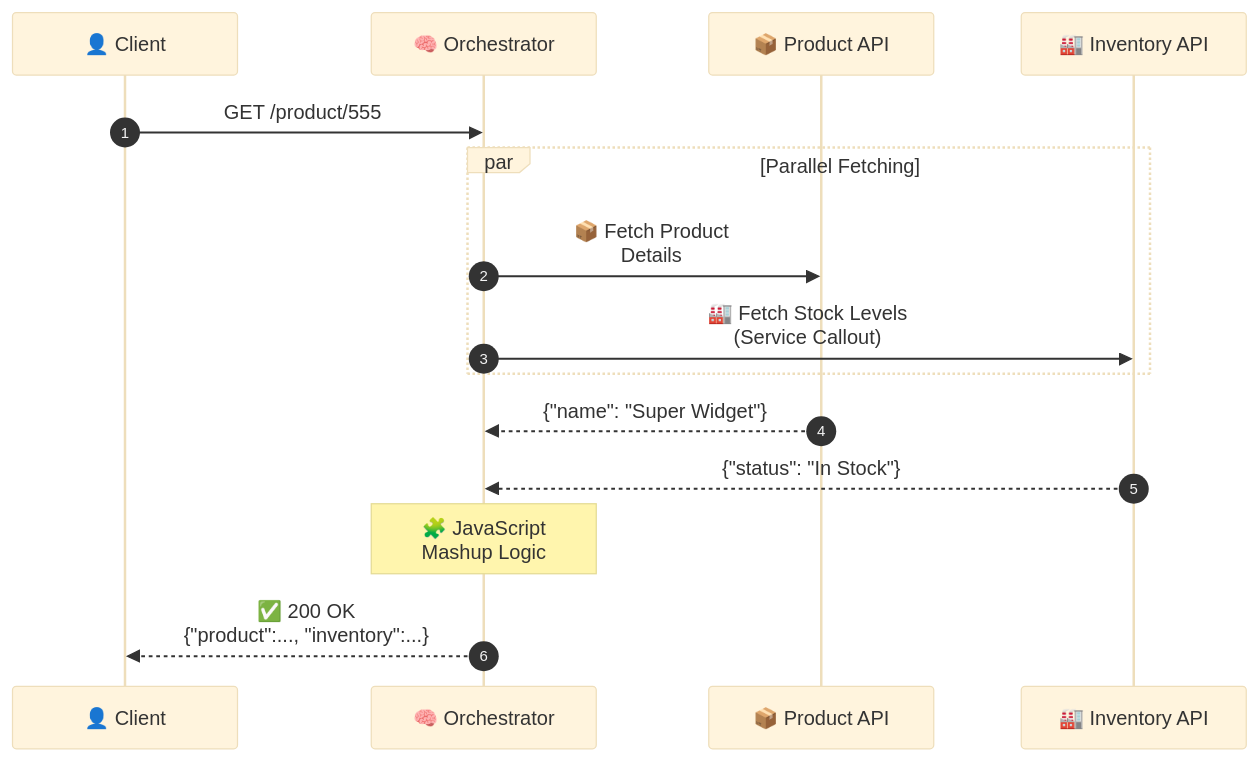
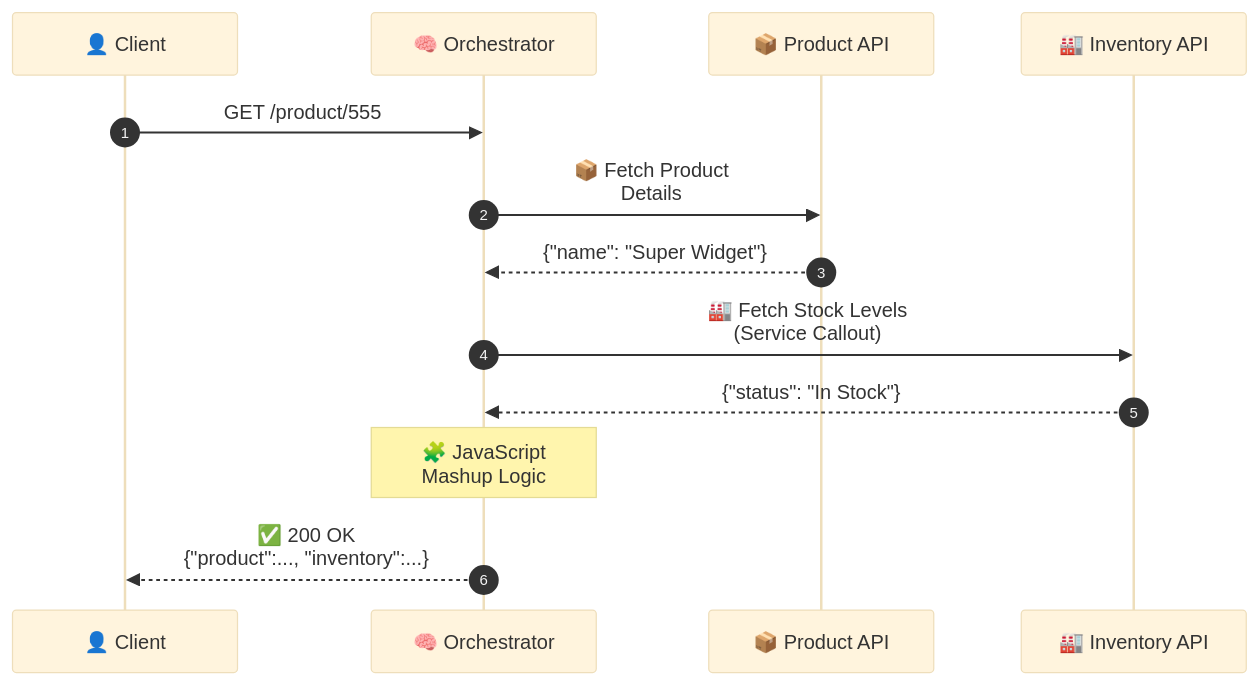
One commit to SunnyJayaRaju/Apigee-Lab changed the third of 5 diagrams in README.md. Above: the diagram before and after it, drawn with Mermaid (base theme). The commit also changed other lines of this file, not shown here.

Commit message:
Correct composition order in project description

````diff
--- a/README.md
+++ b/README.md
@@ -347,23 +347,20 @@
 ```mermaid
 %%{init: {"sequence": {"messageMargin": 55, "boxMargin": 12, "actorMargin": 70, "width": 180, "height": 50}}}%%
 sequenceDiagram
     autonumber
     participant Client as 👤 Client
     participant Apigee as 🧠 Orchestrator
     participant ProductDB as 📦 Product API
     participant InventoryDB as 🏭 Inventory API
 
     Client->>Apigee: GET /product/555
     
-    par Parallel Fetching
-        Apigee->>ProductDB: 📦 Fetch Product<br/>Details
-        Apigee->>InventoryDB: 🏭 Fetch Stock Levels<br/>(Service Callout)
-    end
-    
+    Apigee->>ProductDB: 📦 Fetch Product<br/>Details
     ProductDB-->>Apigee: {"name": "Super Widget"}
+    Apigee->>InventoryDB: 🏭 Fetch Stock Levels<br/>(Service Callout)
     InventoryDB-->>Apigee: {"status": "In Stock"}
     
     Note over Apigee: 🧩 JavaScript<br/>Mashup Logic
     
     Apigee-->>Client: ✅ 200 OK<br/>{"product":..., "inventory":...}
 ```
````
